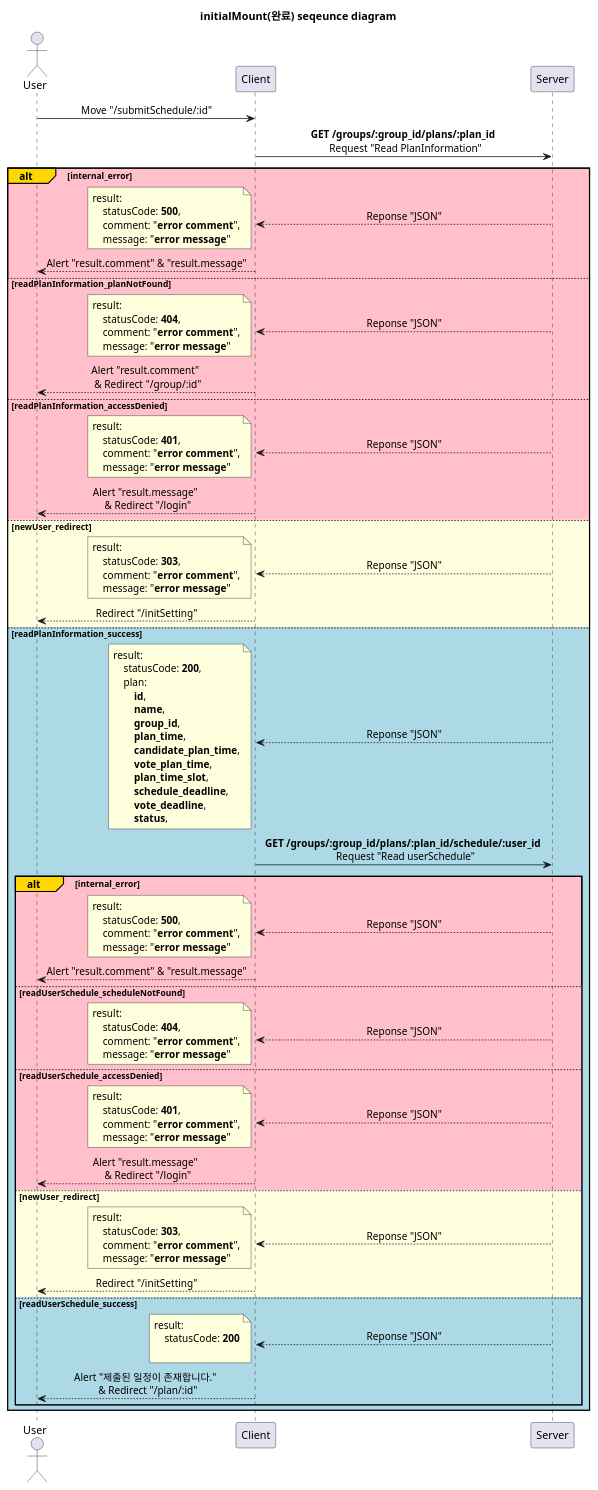
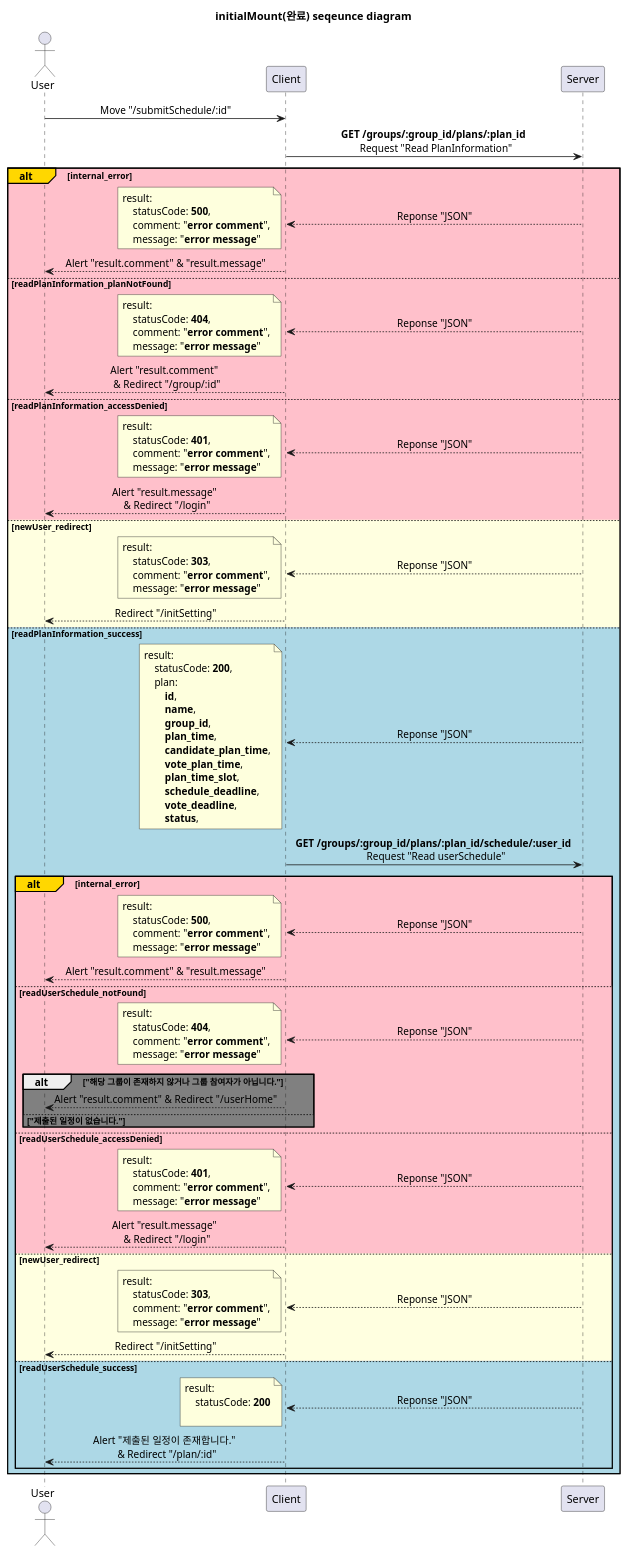
The diagram in diagram/submitSchedule_page/initialMount.puml (devSeungBin/SSCS), drawn with PlantUML before and after one commit. The commit also changed 11 other files, not shown here.

```diff
--- a/diagram/submitSchedule_page/initialMount.puml
+++ b/diagram/submitSchedule_page/initialMount.puml
@@ -1,128 +1,134 @@
 @startuml initialMount(완료)
 'http://localhost:3000/submitSchedule/:id
 
 title initialMount(완료) seqeunce diagram
 
 skinparam SequenceMessageAlignment center
 
 participant Server order 30
 participant Client order 20
 actor User order 10
 
 User -> Client: Move "/submitSchedule/:id"
 
 Client -> Server: **GET /groups/:group_id/plans/:plan_id** \n Request "Read PlanInformation"
 
 alt#Gold #Pink internal_error
     Client <-- Server: Reponse "JSON"
     note left
         result:
             statusCode: **500**,
             comment: "**error comment**",
             message: "**error message**"
     end note
     User <-- Client: Alert "result.comment" & "result.message"
 
 else #Pink readPlanInformation_planNotFound
     Client <-- Server: Reponse "JSON"
     note left
         result:
             statusCode: **404**,
             comment: "**error comment**",
             message: "**error message**"
     end note
     User <-- Client: Alert "result.comment" \n & Redirect "/group/:id"
 
 else #Pink readPlanInformation_accessDenied
     Client <-- Server: Reponse "JSON"
     note left
         result:
             statusCode: **401**,
             comment: "**error comment**",
             message: "**error message**"
     end note
     User <-- Client: Alert "result.message" \n & Redirect "/login"
 
 else #LightYellow newUser_redirect
     Client <-- Server: Reponse "JSON"
     note left
         result:
             statusCode: **303**,
             comment: "**error comment**",
             message: "**error message**"
     end note
     User <-- Client: Redirect "/initSetting"
 
 else #LightBlue readPlanInformation_success
     Client <-- Server: Reponse "JSON"
     note left
         result:
             statusCode: **200**,
             plan:
                 **id**,
                 **name**,
                 **group_id**,
                 **plan_time**,
                 **candidate_plan_time**,
                 **vote_plan_time**,
                 **plan_time_slot**,
                 **schedule_deadline**,
                 **vote_deadline**,
                 **status**,
     end note
 
     Client -> Server: **GET /groups/:group_id/plans/:plan_id/schedule/:user_id** \n Request "Read userSchedule"
 
     alt#Gold #Pink internal_error
         Client <-- Server: Reponse "JSON"
         note left
             result:
                 statusCode: **500**,
                 comment: "**error comment**",
                 message: "**error message**"
         end note
         User <-- Client: Alert "result.comment" & "result.message"
 
-    else #Pink readUserSchedule_scheduleNotFound
+    else #Pink readUserSchedule_notFound
         Client <-- Server: Reponse "JSON"
         note left
             result:
                 statusCode: **404**,
                 comment: "**error comment**",
                 message: "**error message**"
         end note
+        alt #Gray "해당 그룹이 존재하지 않거나 그룹 참여자가 아닙니다."
+            User <-- Client: Alert "result.comment" & Redirect "/userHome"
+
+        else #Gray "제출된 일정이 없습니다."
+        
+        end
 
     else #Pink readUserSchedule_accessDenied
         Client <-- Server: Reponse "JSON"
         note left
             result:
                 statusCode: **401**,
                 comment: "**error comment**",
                 message: "**error message**"
         end note
         User <-- Client: Alert "result.message" \n & Redirect "/login"
 
     else #LightYellow newUser_redirect
         Client <-- Server: Reponse "JSON"
         note left
             result:
                 statusCode: **303**,
                 comment: "**error comment**",
                 message: "**error message**"
         end note
         User <-- Client: Redirect "/initSetting"
 
     else #LightBlue readUserSchedule_success
         Client <-- Server: Reponse "JSON"
         note left
             result:
                 statusCode: **200**
 
         end note
         User <-- Client: Alert "제출된 일정이 존재합니다." \n & Redirect "/plan/:id"
 
     end
 
 end
 
 @enduml
```
